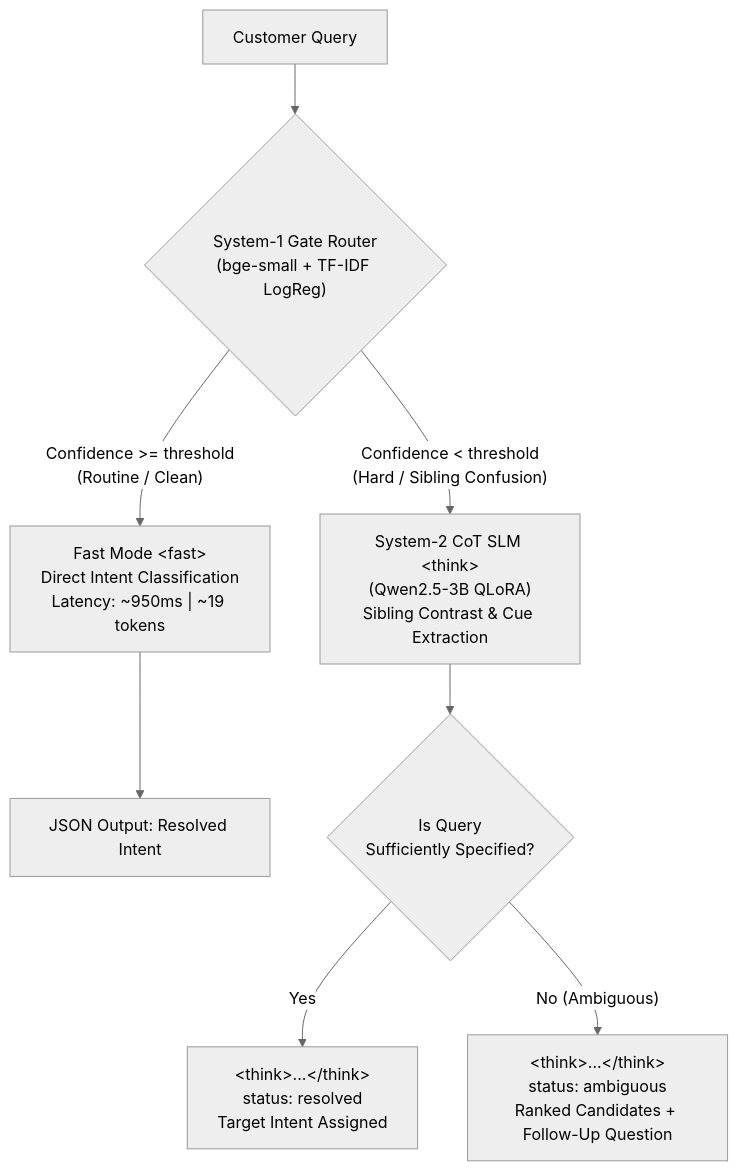
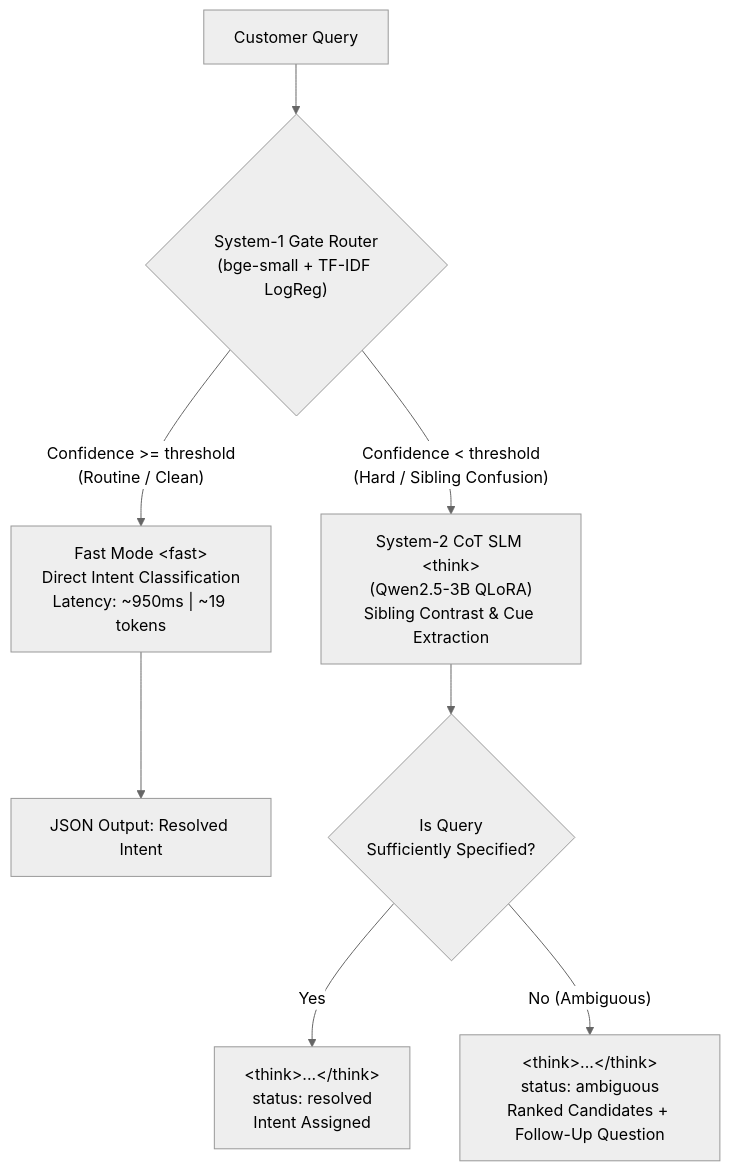
Before and after one commit to Aho-Bakaa/Banking77: the diagram in README.md, drawn with Mermaid (neutral theme).

Commit message:
Fix typo in DisambiguationCheck output message

````diff
--- a/README.md
+++ b/README.md
@@ -20,13 +20,13 @@
 ```mermaid
 flowchart TD
     UserQuery["Customer Query"] --> System1Gate{"System-1 Gate Router\n(bge-small + TF-IDF LogReg)"}
     
     System1Gate -- "Confidence >= threshold\n(Routine / Clean)" --> FastPath["Fast Mode &lt;fast&gt;\nDirect Intent Classification\nLatency: ~950ms | ~19 tokens"]
     System1Gate -- "Confidence &lt; threshold\n(Hard / Sibling Confusion)" --> ThinkPath["System-2 CoT SLM &lt;think&gt;\n(Qwen2.5-3B QLoRA)\nSibling Contrast & Cue Extraction"]
     
     FastPath --> DirectResolution["JSON Output: Resolved Intent"]
     
     ThinkPath --> DisambiguationCheck{"Is Query\nSufficiently Specified?"}
-    DisambiguationCheck -- "Yes" --> S2Resolved["&lt;think&gt;...&lt;/think&gt;\nstatus: resolved\nTarget Intent Assigned"]
+    DisambiguationCheck -- "Yes" --> S2Resolved["&lt;think&gt;...&lt;/think&gt;\nstatus: resolved\n Intent Assigned"]
     DisambiguationCheck -- "No (Ambiguous)" --> S2Clarify["&lt;think&gt;...&lt;/think&gt;\nstatus: ambiguous\nRanked Candidates + Follow-Up Question"]
 ```
````
